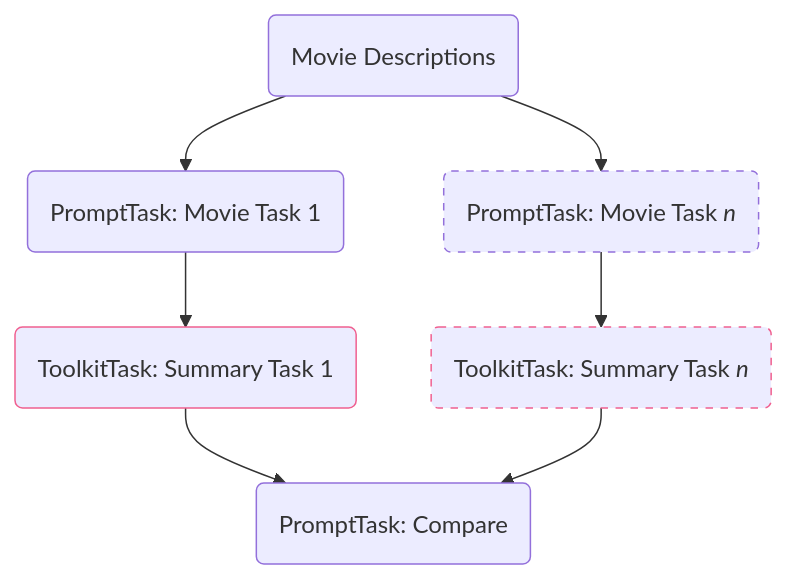
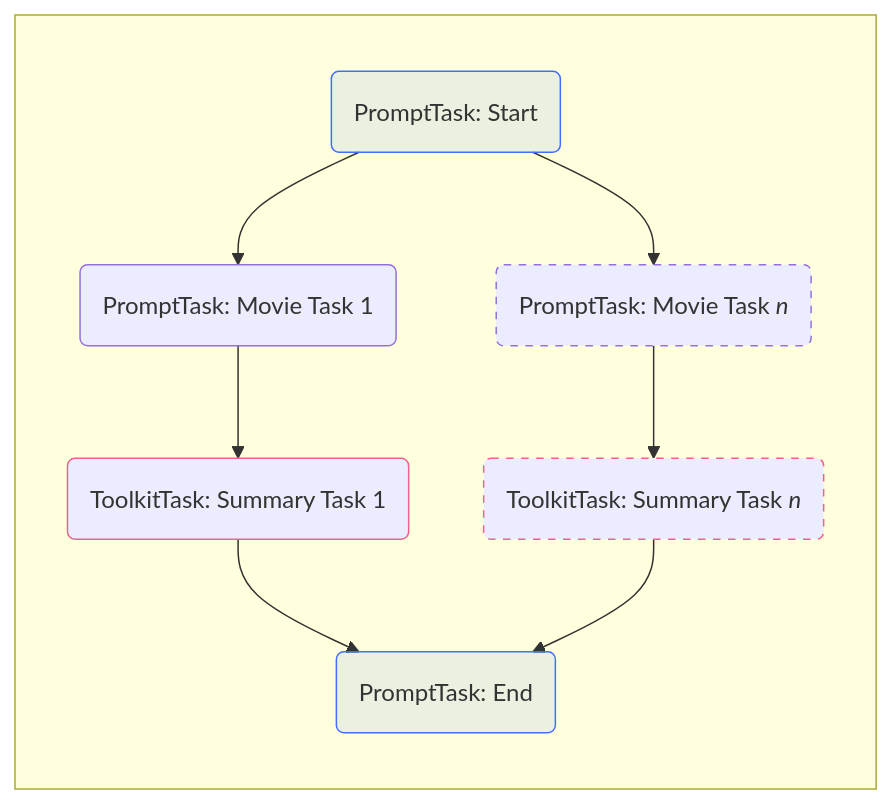
Before and after one commit to griptape-ai/griptape-trade-school: the fourth of 4 diagrams in docs/courses/compare-movies-workflow/05_using_tools.md, drawn with Mermaid. The commit also changed other lines of this file and 6 other files, not shown here.

````diff
--- a/docs/courses/compare-movies-workflow/05_using_tools.md
+++ b/docs/courses/compare-movies-workflow/05_using_tools.md
@@ -205,10 +218,19 @@
 ``` mermaid
-graph TB
-    A(Movie Descriptions) --> B("PromptTask: Movie Task 1") --> C("ToolkitTask: Summary Task 1"):::tool --> I("PromptTask: Compare")
-    A --> G("PromptTask: Movie Task <i>n</i>" ):::dash  --> H("ToolkitTask: Summary Task <i>n</i>"):::tool-dash
-    H --> I
+graph TB 
+    subgraph " "
+        direction TB
+        A("PromptTask: Start"):::main 
+        B("PromptTask: Movie Task 1")
+        G("PromptTask: Movie Task <i>n</i>" ):::dash
+        C("ToolkitTask: Summary Task 1"):::tool
+        H("ToolkitTask: Summary Task <i>n</i>" ):::tool-dash
+        I("PromptTask: End"):::main
+        A --> B --> C --> I
+        A --> G --> H --> I
+    end
+    
+    classDef main fill:#4274ff1a, stroke:#426eff
     classDef dash stroke-dasharray: 5 5
     classDef tool stroke:#f06090
     classDef tool-dash stroke:#f06090,stroke-dasharray: 5 5
-
 ```
````
